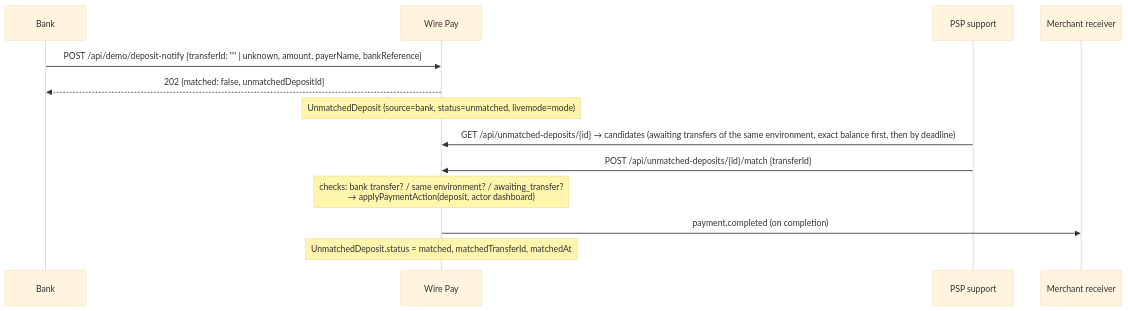
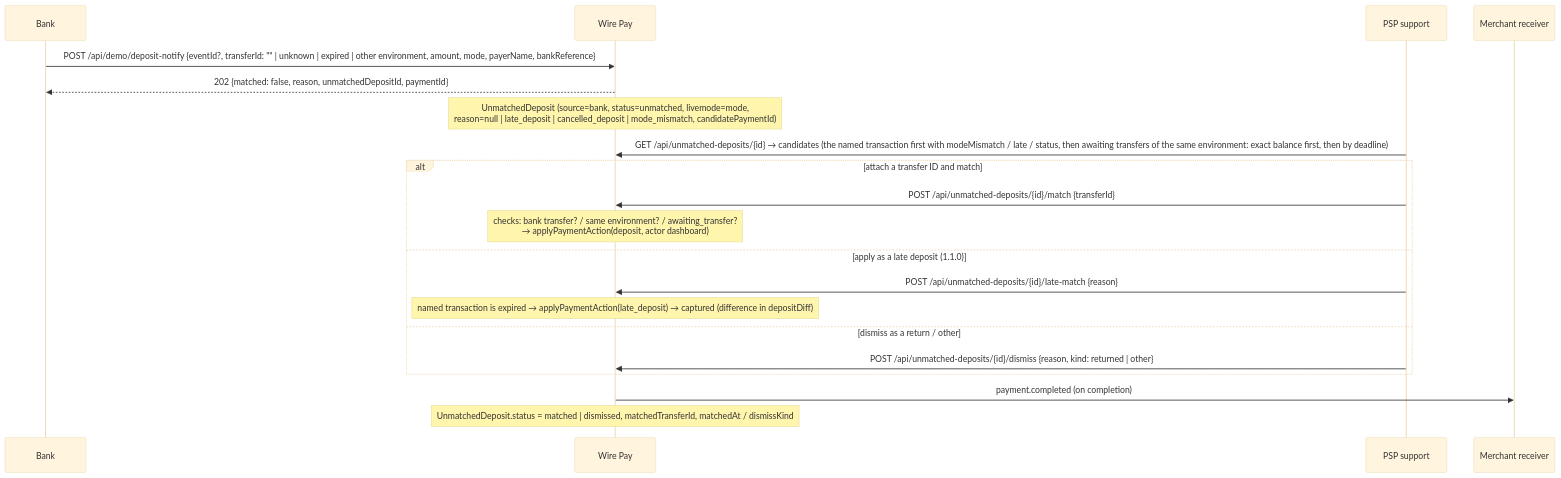
Before and after one commit to Atsushi-Odajima/Payment-management: the sixth of 13 diagrams in docs/spec/en/B-provider-connection-spec.md, drawn with Mermaid (base theme). The commit also changed other lines of this file and 26 other files, not shown here.

````diff
--- a/docs/spec/en/B-provider-connection-spec.md
+++ b/docs/spec/en/B-provider-connection-spec.md
@@ -483,16 +514,23 @@
 ```mermaid
 sequenceDiagram
   participant B as Bank
   participant W as Wire Pay
   participant P as PSP support
   participant R as Merchant receiver
 
-  B->>W: POST /api/demo/deposit-notify {transferId: "" | unknown, amount, payerName, bankReference}
-  W-->>B: 202 {matched: false, unmatchedDepositId}
-  Note over W: UnmatchedDeposit (source=bank, status=unmatched, livemode=mode)
-  P->>W: GET /api/unmatched-deposits/{id} → candidates (awaiting transfers of the same environment, exact balance first, then by deadline)
-  P->>W: POST /api/unmatched-deposits/{id}/match {transferId}
-  Note over W: checks: bank transfer? / same environment? / awaiting_transfer?<br/>→ applyPaymentAction(deposit, actor dashboard)
+  B->>W: POST /api/demo/deposit-notify {eventId?, transferId: "" | unknown | expired | other environment, amount, mode, payerName, bankReference}
+  W-->>B: 202 {matched: false, reason, unmatchedDepositId, paymentId}
+  Note over W: UnmatchedDeposit (source=bank, status=unmatched, livemode=mode,<br/>reason=null | late_deposit | cancelled_deposit | mode_mismatch, candidatePaymentId)
+  P->>W: GET /api/unmatched-deposits/{id} → candidates (the named transaction first with modeMismatch / late / status, then awaiting transfers of the same environment: exact balance first, then by deadline)
+  alt attach a transfer ID and match
+    P->>W: POST /api/unmatched-deposits/{id}/match {transferId}
+    Note over W: checks: bank transfer? / same environment? / awaiting_transfer?<br/>→ applyPaymentAction(deposit, actor dashboard)
+  else apply as a late deposit (1.1.0)
+    P->>W: POST /api/unmatched-deposits/{id}/late-match {reason}
+    Note over W: named transaction is expired → applyPaymentAction(late_deposit) → captured (difference in depositDiff)
+  else dismiss as a return / other
+    P->>W: POST /api/unmatched-deposits/{id}/dismiss {reason, kind: returned | other}
+  end
   W->>R: payment.completed (on completion)
-  Note over W: UnmatchedDeposit.status = matched, matchedTransferId, matchedAt
+  Note over W: UnmatchedDeposit.status = matched | dismissed, matchedTransferId, matchedAt / dismissKind
 ```
````
